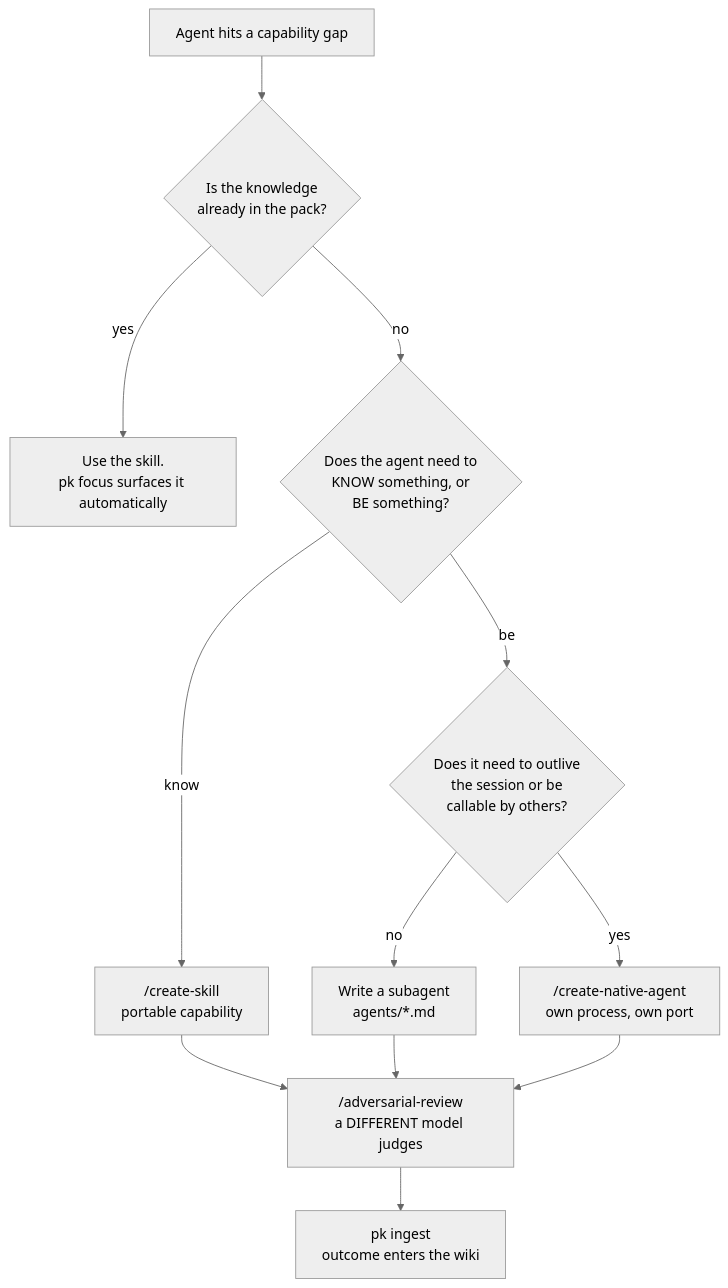
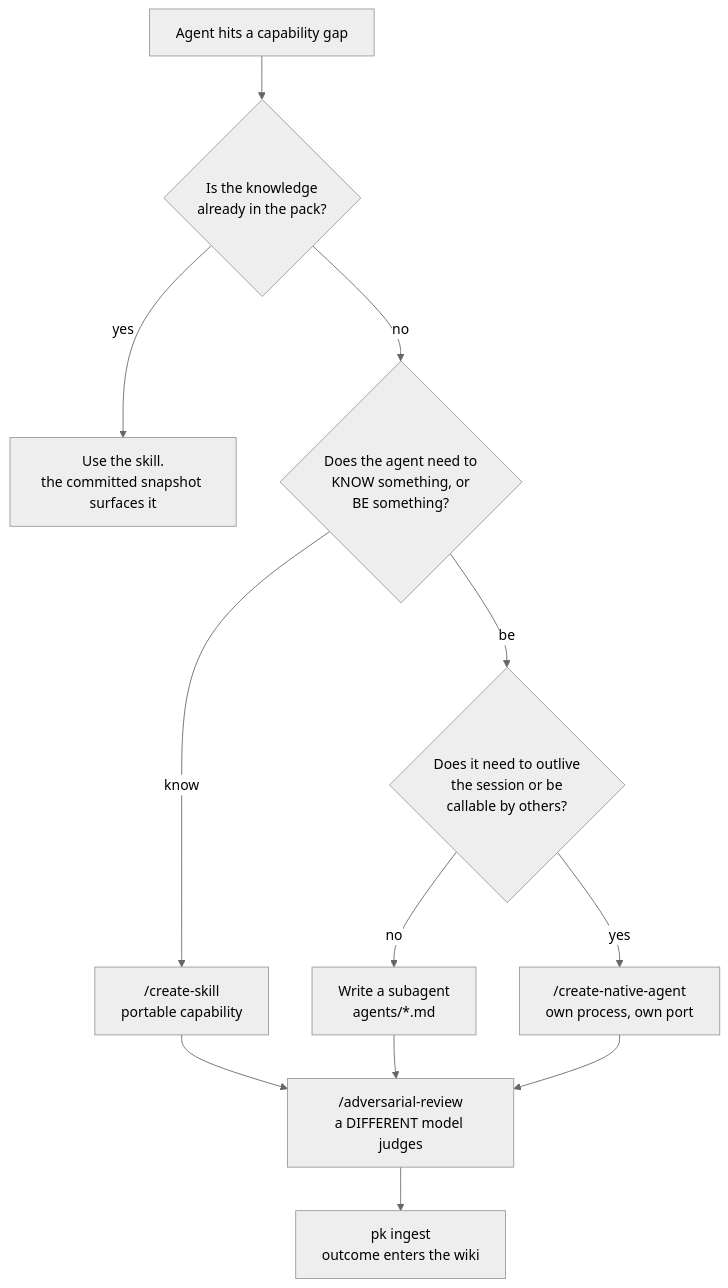
One commit to Prometheus-AGS/prometheus-skill-system changed the diagram in docs/guide/22a-self-extending-agents.md. Above: the diagram before and after it, drawn with Mermaid (neutral theme). The commit also changed other lines of this file and 100 other files, not shown here.

````diff
--- a/docs/guide/22a-self-extending-agents.md
+++ b/docs/guide/22a-self-extending-agents.md
@@ -47,14 +47,14 @@
 ```mermaid
 graph TD
     GAP["Agent hits a capability gap"] --> Q1{"Is the knowledge<br/>already in the pack?"}
-    Q1 -->|yes| USE["Use the skill.<br/>pk focus surfaces it automatically"]
+    Q1 -->|yes| USE["Use the skill.<br/>the committed snapshot surfaces it"]
     Q1 -->|no| Q2{"Does the agent need to<br/>KNOW something, or<br/>BE something?"}
     Q2 -->|know| SKILL["/create-skill<br/>portable capability"]
     Q2 -->|be| Q3{"Does it need to outlive<br/>the session or be<br/>callable by others?"}
     Q3 -->|no| SUB["Write a subagent<br/>agents/*.md"]
     Q3 -->|yes| AGENT["/create-native-agent<br/>own process, own port"]
     SKILL --> REVIEW
     SUB --> REVIEW
     AGENT --> REVIEW
     REVIEW["/adversarial-review<br/>a DIFFERENT model judges"] --> LEARN["pk ingest<br/>outcome enters the wiki"]
 ```
````
